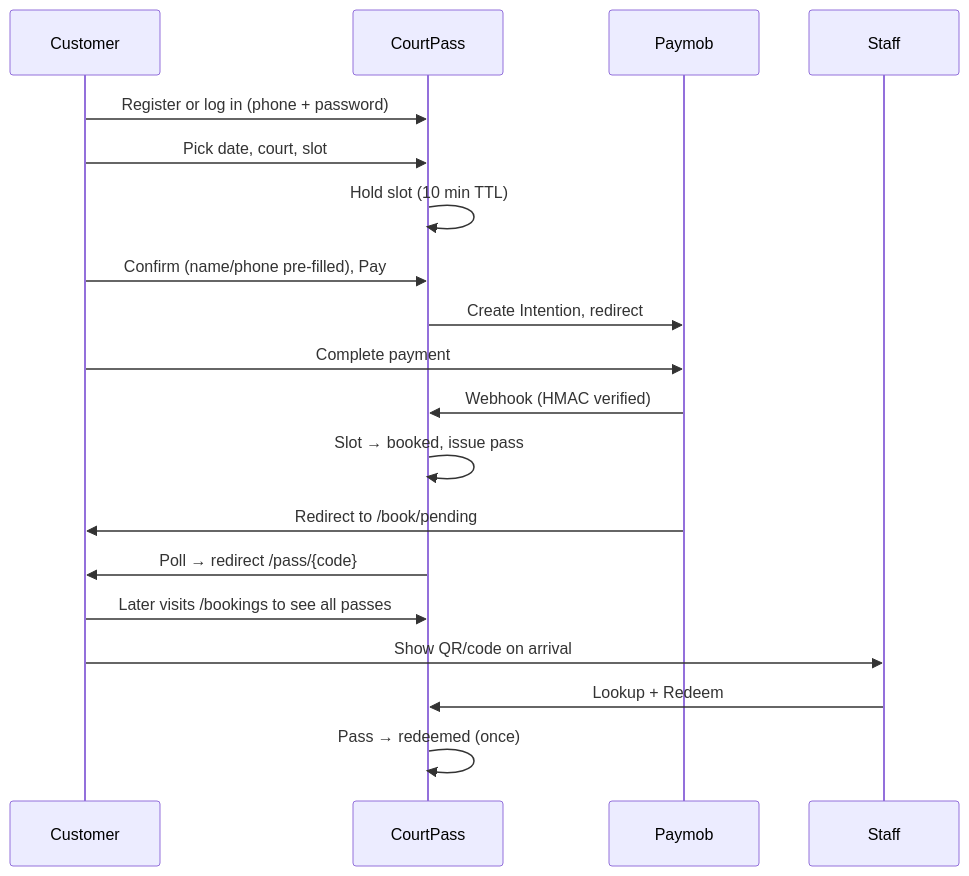
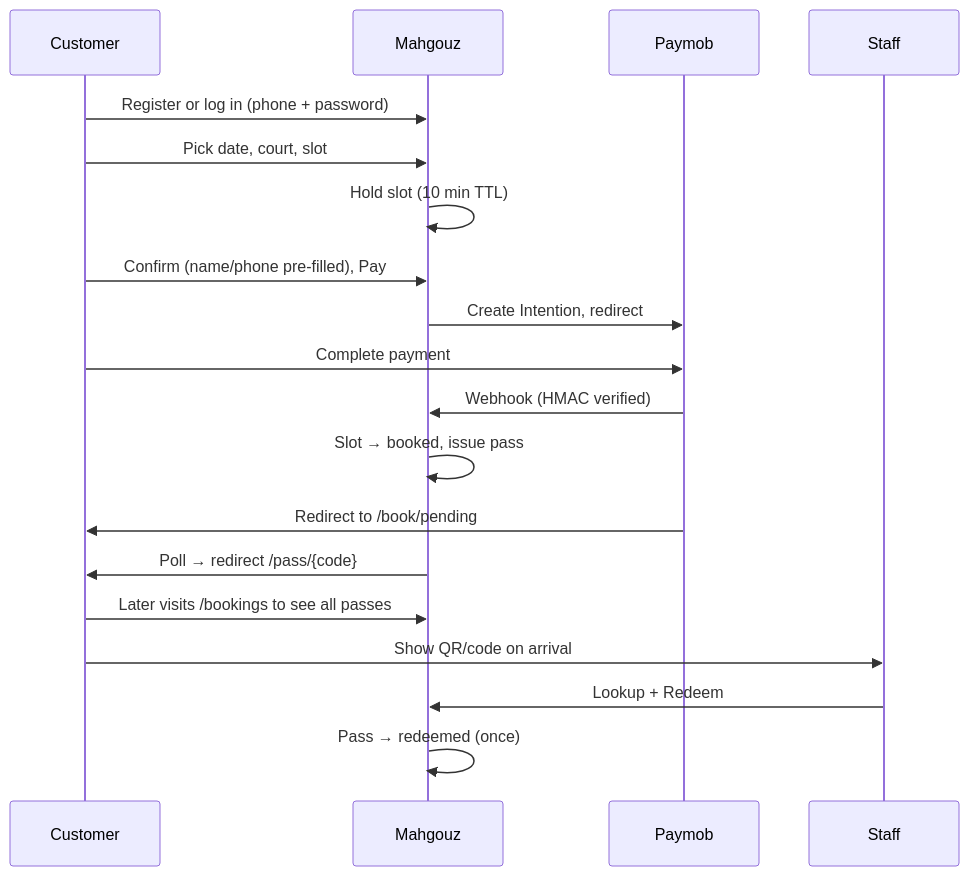
Before and after one commit to AhmedOssama22dev/Mahgooz: the first of 3 diagrams in docs/pages-and-ui-design.md, drawn with Mermaid. The commit also changed other lines of this file and 15 other files, not shown here.

````diff
--- a/docs/pages-and-ui-design.md
+++ b/docs/pages-and-ui-design.md
@@ -797,22 +799,22 @@
 ```mermaid
 sequenceDiagram
     participant C as Customer
-    participant App as CourtPass
+    participant App as Mahgouz
     participant P as Paymob
     participant S as Staff
 
     C->>App: Register or log in (phone + password)
     C->>App: Pick date, court, slot
     App->>App: Hold slot (10 min TTL)
     C->>App: Confirm (name/phone pre-filled), Pay
     App->>P: Create Intention, redirect
     C->>P: Complete payment
     P->>App: Webhook (HMAC verified)
     App->>App: Slot → booked, issue pass
     P->>C: Redirect to /book/pending
     App->>C: Poll → redirect /pass/{code}
     C->>App: Later visits /bookings to see all passes
     C->>S: Show QR/code on arrival
     S->>App: Lookup + Redeem
     App->>App: Pass → redeemed (once)
 ```
````
